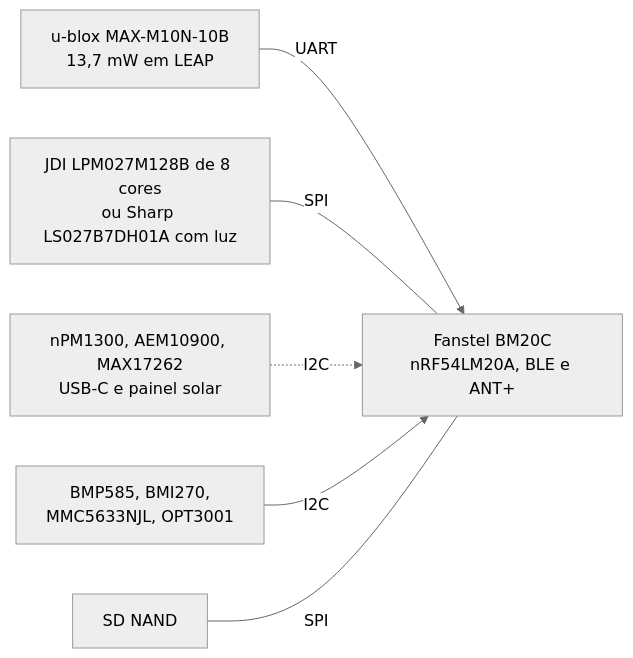
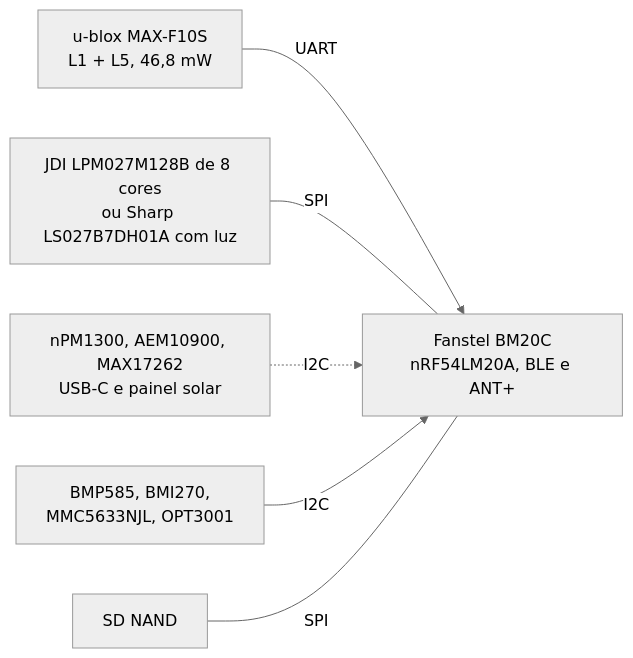
One commit to Guiimartinho/gnss-bike-computer changed the second of 3 diagrams in README.md. Above: the diagram before and after it, drawn with Mermaid (neutral theme). The commit also changed other lines of this file and 23 other files, not shown here.

````diff
--- a/README.md
+++ b/README.md
@@ -59,9 +59,9 @@
 ```mermaid
 flowchart LR
     MCU["Fanstel BM20C<br/>nRF54LM20A, BLE e ANT+"]
-    GNSS2["u-blox MAX-M10N-10B<br/>13,7 mW em LEAP"] -->|UART| MCU
+    GNSS2["u-blox MAX-F10S<br/>L1 + L5, 46,8 mW"] -->|UART| MCU
     LCD2["JDI LPM027M128B de 8 cores<br/>ou Sharp LS027B7DH01A com luz"] ---|SPI| MCU
     PWR["nPM1300, AEM10900, MAX17262<br/>USB-C e painel solar"] -.->|I2C| MCU
     SENS2["BMP585, BMI270,<br/>MMC5633NJL, OPT3001"] -->|I2C| MCU
     MEM["SD NAND"] ---|SPI| MCU
 ```
````
